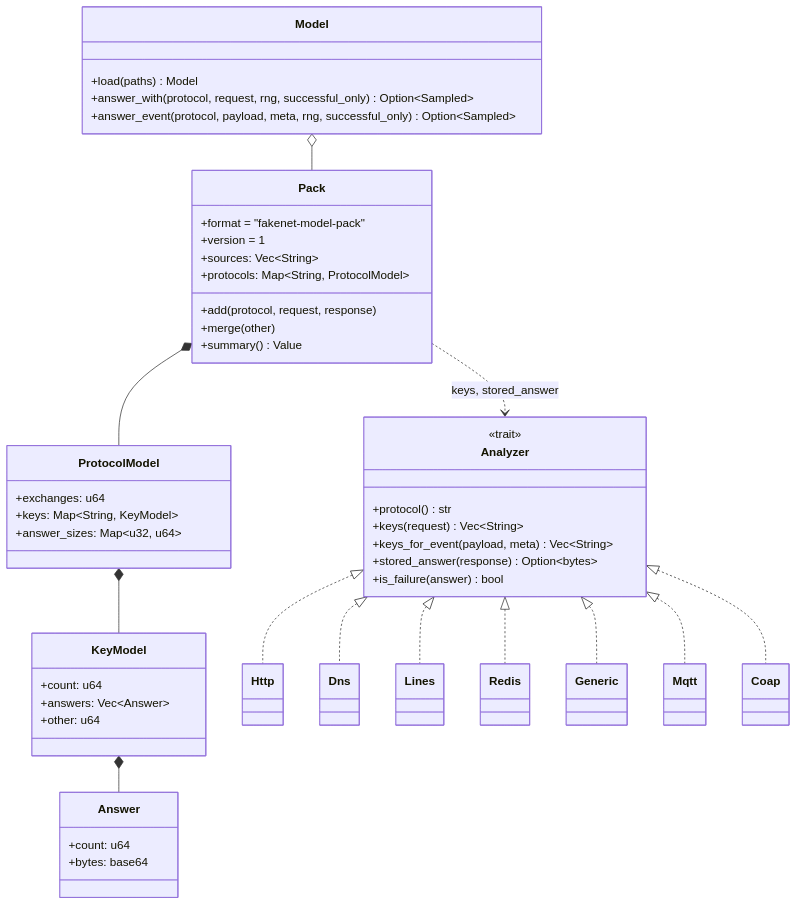
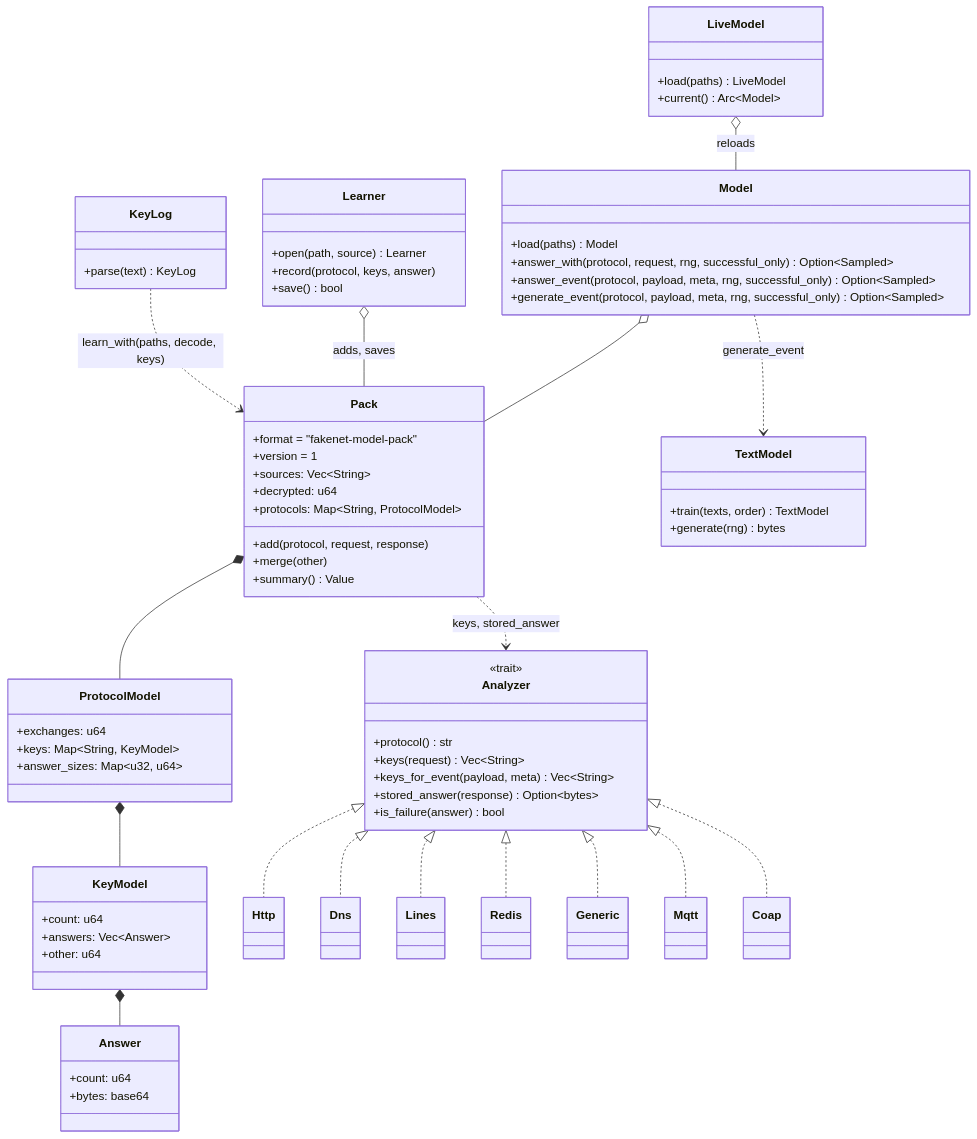
Before and after one commit to maxamin/fakenet-hybrid: the second of 4 diagrams in design/extension-points.md, drawn with Mermaid. The commit also changed other lines of this file and 34 other files, not shown here.

First line of the commit message:
Learn online, generate answers, keep an explorer corpus, decrypt TLS while learning

````diff
--- a/design/extension-points.md
+++ b/design/extension-points.md
@@ -48,51 +59,73 @@
 ```mermaid
 classDiagram
     class Analyzer {
         <<trait>>
         +protocol() str
         +keys(request) Vec~String~
         +keys_for_event(payload, meta) Vec~String~
         +stored_answer(response) Option~bytes~
         +is_failure(answer) bool
     }
     class Pack {
         +format = "fakenet-model-pack"
         +version = 1
         +sources: Vec~String~
+        +decrypted: u64
         +protocols: Map~String, ProtocolModel~
         +add(protocol, request, response)
         +merge(other)
         +summary() Value
     }
     class ProtocolModel {
         +exchanges: u64
         +keys: Map~String, KeyModel~
         +answer_sizes: Map~u32, u64~
     }
     class KeyModel {
         +count: u64
         +answers: Vec~Answer~
         +other: u64
     }
     class Answer {
         +count: u64
         +bytes: base64
     }
     class Model {
         +load(paths) Model
         +answer_with(protocol, request, rng, successful_only) Option~Sampled~
         +answer_event(protocol, payload, meta, rng, successful_only) Option~Sampled~
+        +generate_event(protocol, payload, meta, rng, successful_only) Option~Sampled~
+    }
+    class LiveModel {
+        +load(paths) LiveModel
+        +current() Arc~Model~
+    }
+    class Learner {
+        +open(path, source) Learner
+        +record(protocol, keys, answer)
+        +save() bool
+    }
+    class TextModel {
+        +train(texts, order) TextModel
+        +generate(rng) bytes
+    }
+    class KeyLog {
+        +parse(text) KeyLog
     }
     Analyzer <|.. Http
     Analyzer <|.. Dns
     Analyzer <|.. Lines
     Analyzer <|.. Redis
     Analyzer <|.. Generic
     Analyzer <|.. Mqtt
     Analyzer <|.. Coap
     Pack *-- ProtocolModel
     ProtocolModel *-- KeyModel
     KeyModel *-- Answer
     Model o-- Pack
+    LiveModel o-- Model : reloads
+    Learner o-- Pack : adds, saves
+    Model ..> TextModel : generate_event
+    KeyLog ..> Pack : learn_with(paths, decode, keys)
     Pack ..> Analyzer : keys, stored_answer
 ```
````
